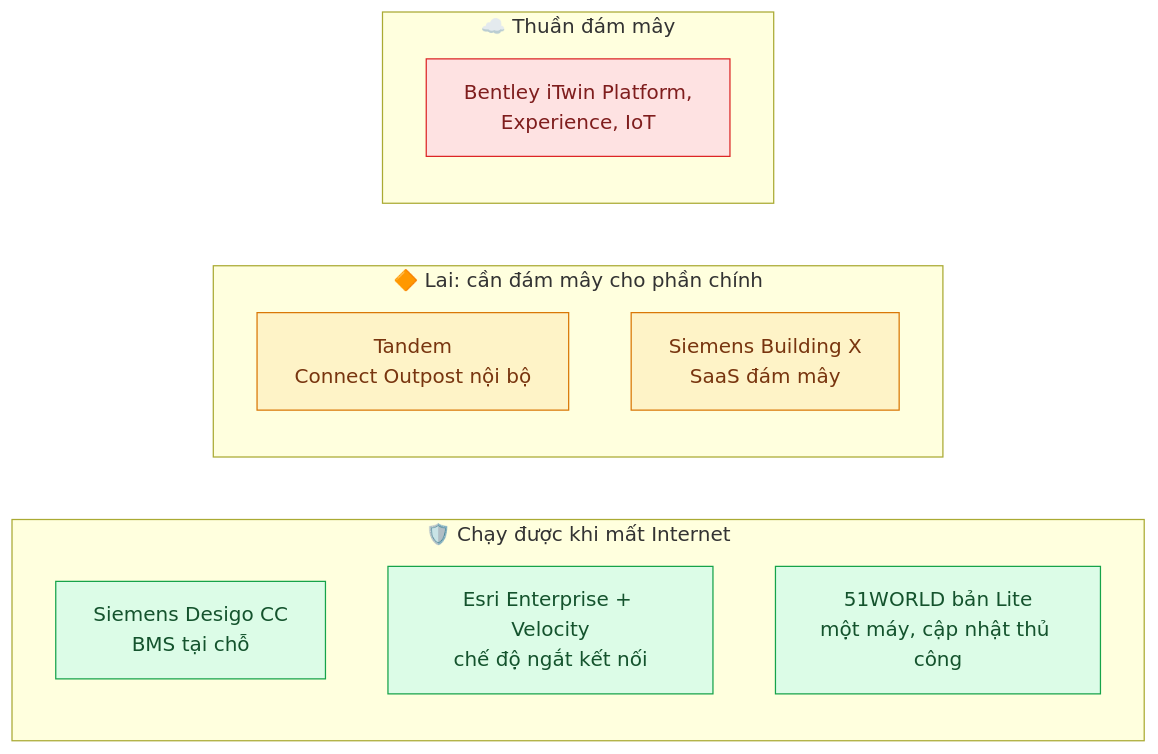
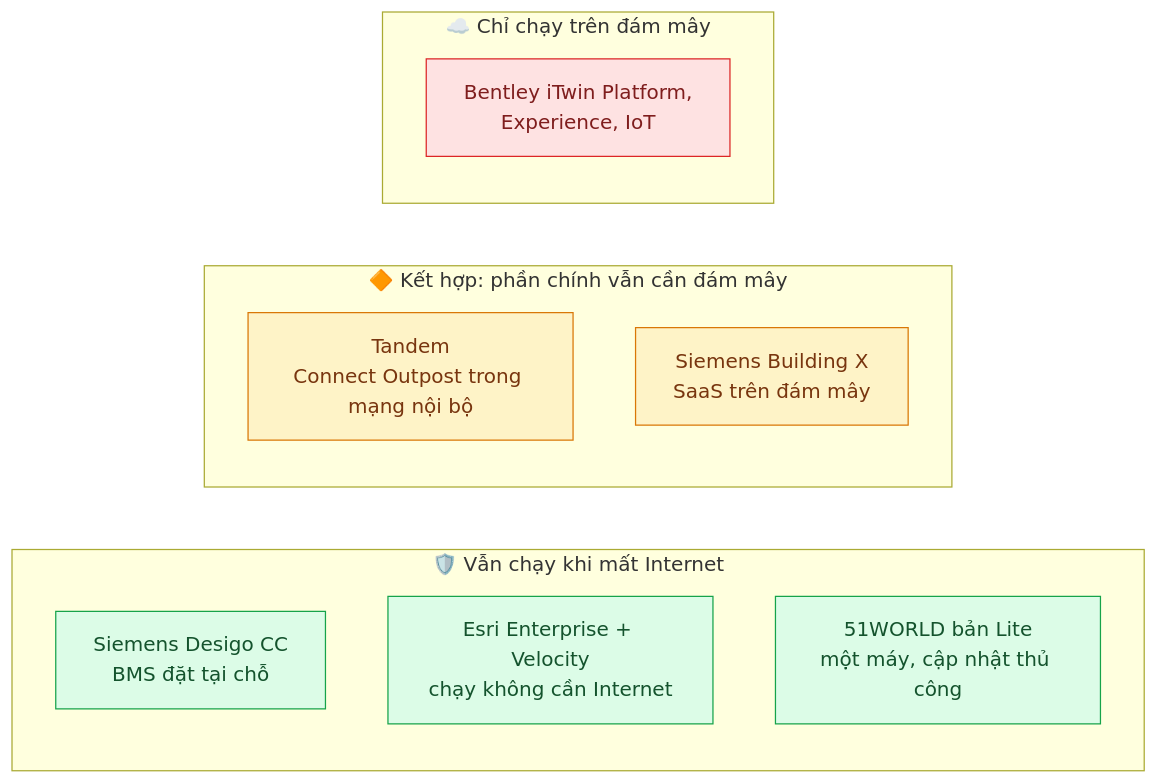
Before and after one commit to hoangtrunghieu0025-lab/internship_report: the eighth of 11 diagrams in bao-cao-benchmark-tong-hop-5-he-sinh-thai.md, drawn with Mermaid. The commit also changed other lines of this file, not shown here.

````diff
--- a/bao-cao-benchmark-tong-hop-5-he-sinh-thai.md
+++ b/bao-cao-benchmark-tong-hop-5-he-sinh-thai.md
@@ -309,21 +309,21 @@
 ```mermaid
 flowchart LR
-    subgraph OFF["🛡️ Chạy được khi mất Internet"]
-        S1["Siemens Desigo CC<br/>BMS tại chỗ"]
-        E1["Esri Enterprise + Velocity<br/>chế độ ngắt kết nối"]
+    subgraph OFF["🛡️ Vẫn chạy khi mất Internet"]
+        S1["Siemens Desigo CC<br/>BMS đặt tại chỗ"]
+        E1["Esri Enterprise + Velocity<br/>chạy không cần Internet"]
         W1["51WORLD bản Lite<br/>một máy, cập nhật thủ công"]
     end
-    subgraph HYB["🔶 Lai: cần đám mây cho phần chính"]
-        A1["Tandem<br/>Connect Outpost nội bộ"]
-        S2["Siemens Building X<br/>SaaS đám mây"]
+    subgraph HYB["🔶 Kết hợp: phần chính vẫn cần đám mây"]
+        A1["Tandem<br/>Connect Outpost trong mạng nội bộ"]
+        S2["Siemens Building X<br/>SaaS trên đám mây"]
     end
-    subgraph CLD["☁️ Thuần đám mây"]
+    subgraph CLD["☁️ Chỉ chạy trên đám mây"]
         B1["Bentley iTwin Platform,<br/>Experience, IoT"]
     end
     classDef ok fill:#dcfce7,stroke:#16a34a,color:#14532d
     classDef mid fill:#fef3c7,stroke:#d97706,color:#78350f
     classDef bad fill:#fee2e2,stroke:#dc2626,color:#7f1d1d
     class S1,E1,W1 ok
     class A1,S2 mid
     class B1 bad
 ```
````
